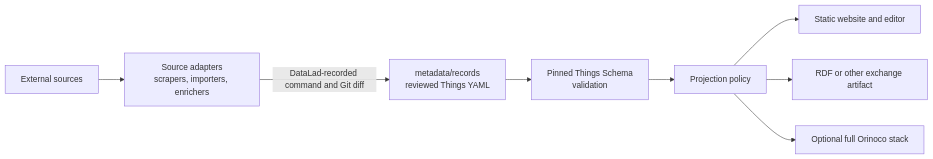
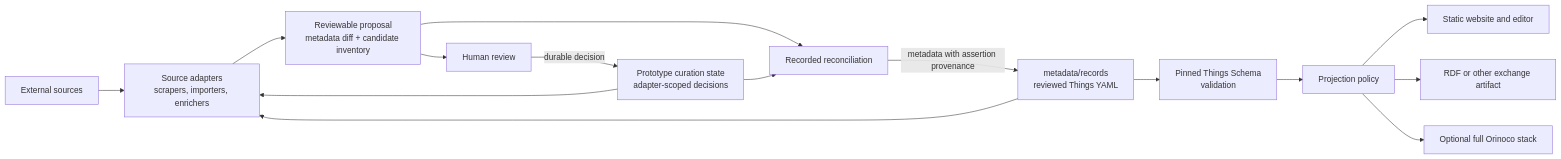
Before and after one commit to ORINOCO-Lite/orinoco-lite-dev: the diagram in docs/lightweight-architecture-roadmap.md, drawn with Mermaid. The commit also changed other lines of this file and 1 other file, not shown here.

First line of the commit message:
docs(adapters): plan static curation exploration

````diff
--- a/docs/lightweight-architecture-roadmap.md
+++ b/docs/lightweight-architecture-roadmap.md
@@ -10,10 +11,17 @@
 ```mermaid
 flowchart LR
     sources["External sources"] --> adapters["Source adapters\nscrapers, importers, enrichers"]
-    adapters -->|"DataLad-recorded command and Git diff"| records["metadata/records\nreviewed Things YAML"]
+    records["metadata/records\nreviewed Things YAML"] --> adapters
+    decisions["Prototype curation state\nadapter-scoped decisions"] --> adapters
+    adapters --> proposals["Reviewable proposal\nmetadata diff + candidate inventory"]
+    proposals --> review["Human review"]
+    review -->|"durable decision"| decisions
+    proposals --> reconcile["Recorded reconciliation"]
+    decisions --> reconcile
+    reconcile -->|"metadata with assertion provenance"| records
     records --> validate["Pinned Things Schema\nvalidation"]
     validate --> policy["Projection policy"]
     policy --> site["Static website and editor"]
     policy --> exchange["RDF or other exchange artifact"]
     policy --> service["Optional full Orinoco stack"]
 ```
````
